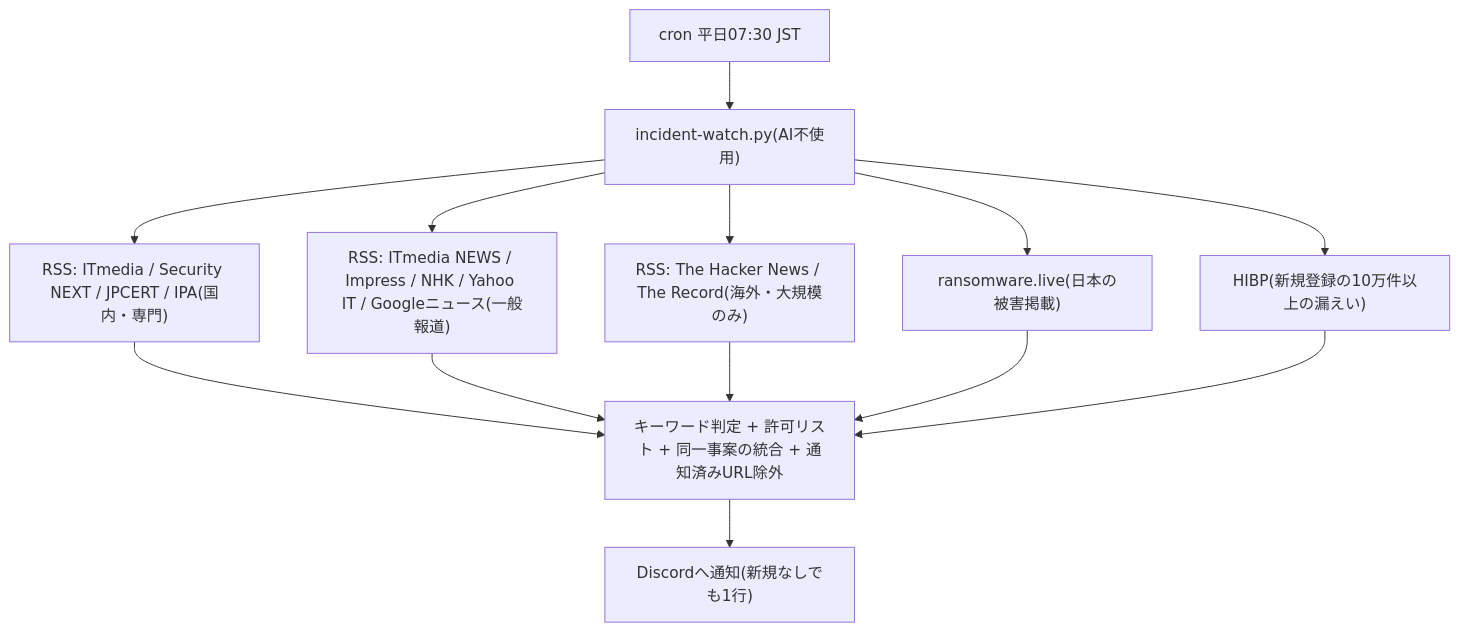
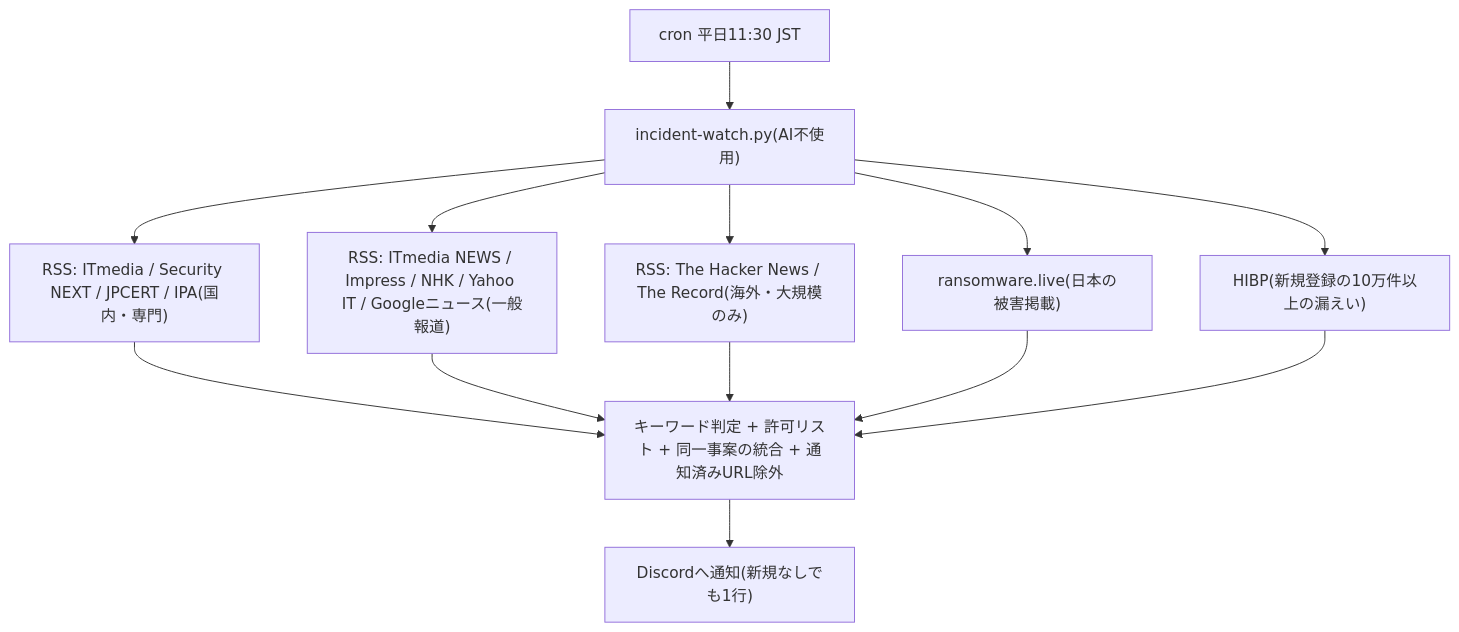
Before and after one commit to TakahitoSuzukiii/public-hermes-01: the diagram in docs/info/research/20261118_INFO_SECURITY_weekday-incident-watch.md, drawn with Mermaid. The commit also changed other lines of this file and 3 other files, not shown here.

````diff
--- a/docs/info/research/20261118_INFO_SECURITY_weekday-incident-watch.md
+++ b/docs/info/research/20261118_INFO_SECURITY_weekday-incident-watch.md
@@ -13,11 +13,11 @@
 ```mermaid
 flowchart TD
-  A["cron 平日07:30 JST"] --> B["incident-watch.py(AI不使用)"]
+  A["cron 平日11:30 JST"] --> B["incident-watch.py(AI不使用)"]
   B --> C["RSS: ITmedia / Security NEXT / JPCERT / IPA(国内・専門)"]
   B --> C2["RSS: ITmedia NEWS / Impress / NHK / Yahoo IT / Googleニュース(一般報道)"]
   B --> D["RSS: The Hacker News / The Record(海外・大規模のみ)"]
   B --> E["ransomware.live(日本の被害掲載)"]
   B --> F["HIBP(新規登録の10万件以上の漏えい)"]
   C & C2 & D & E & F --> G["キーワード判定 + 許可リスト + 同一事案の統合 + 通知済みURL除外"]
   G --> H["Discordへ通知(新規なしでも1行)"]
 ```
````
